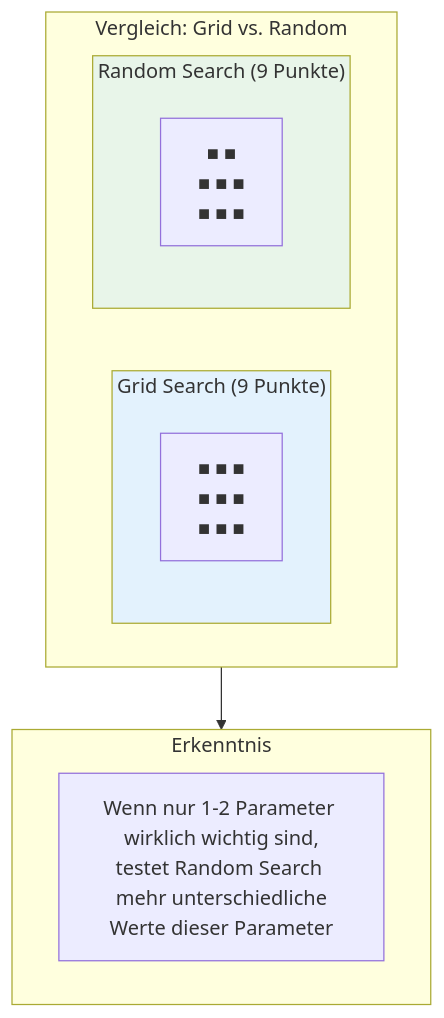
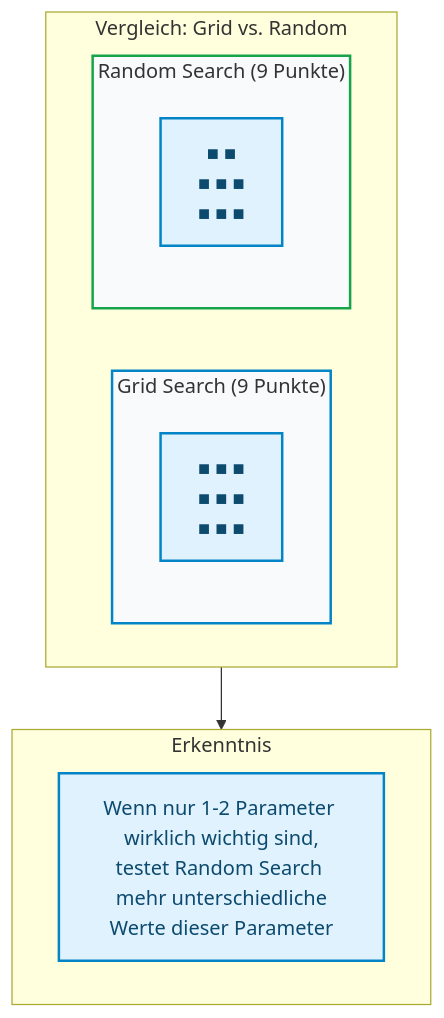
The fifth of 12 diagrams in docs/concepts/evaluate/hyperparameter_tuning.md (ralf-42/ML_Intro), drawn with Mermaid before and after one commit. The commit also changed other lines of this file and 67 other files, not shown here.

````diff
--- a/docs/concepts/evaluate/hyperparameter_tuning.md
+++ b/docs/concepts/evaluate/hyperparameter_tuning.md
@@ -260,21 +267,22 @@
 ```mermaid
 flowchart TB
     subgraph comparison["Vergleich: Grid vs. Random"]
         subgraph gs["Grid Search (9 Punkte)"]
             G["■ ■ ■<br/>■ ■ ■<br/>■ ■ ■"]
         end
         
         subgraph rs["Random Search (9 Punkte)"]
             R["  ■   ■<br/>■     ■  ■<br/>  ■ ■   ■"]
         end
     end
     
     subgraph insight["Erkenntnis"]
         I["Wenn nur 1-2 Parameter wirklich wichtig sind,<br/>testet Random Search mehr unterschiedliche<br/>Werte dieser Parameter"]
     end
     
     comparison --> insight
-    
-    style gs fill:#e3f2fd
-    style rs fill:#e8f5e9
+
+    classDef default fill:#e0f2fe,stroke:#0284c7,stroke-width:2px,color:#0c4a6e;
+    style gs fill:#f8fafc,stroke:#0284c7,stroke-width:2px
+    style rs fill:#f8fafc,stroke:#16a34a,stroke-width:2px
 ```
````
